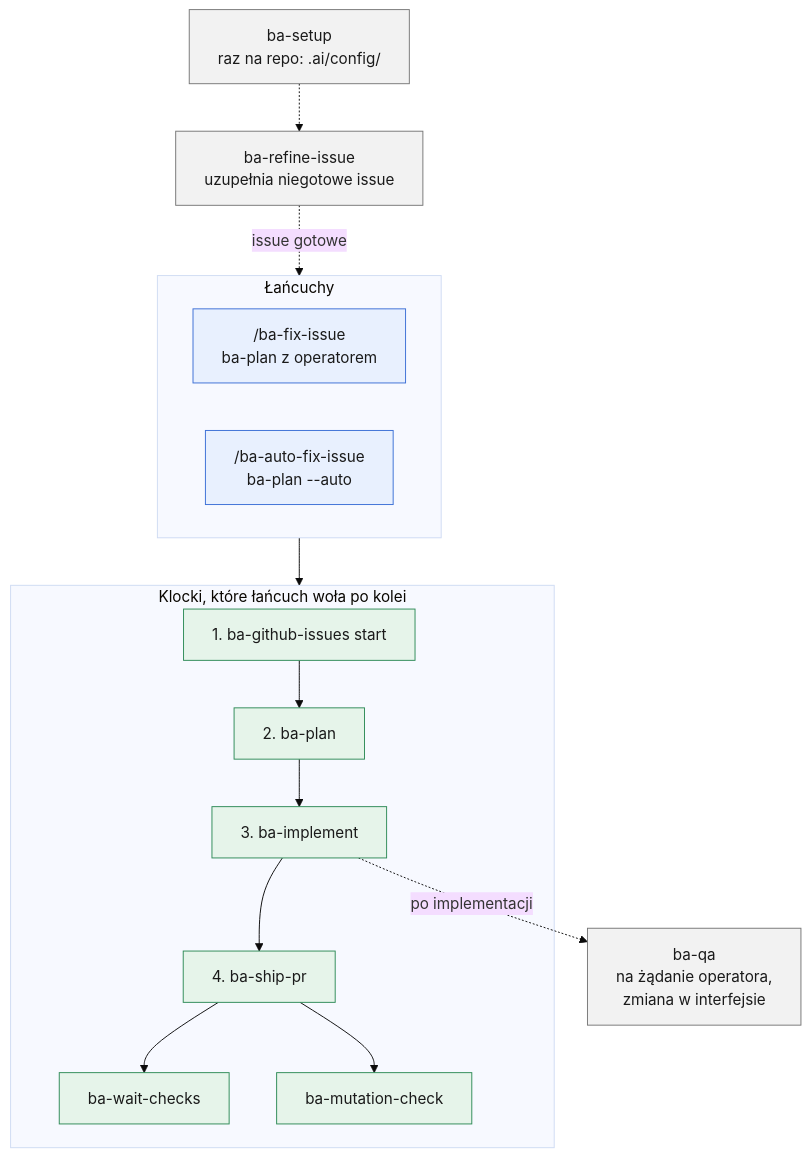
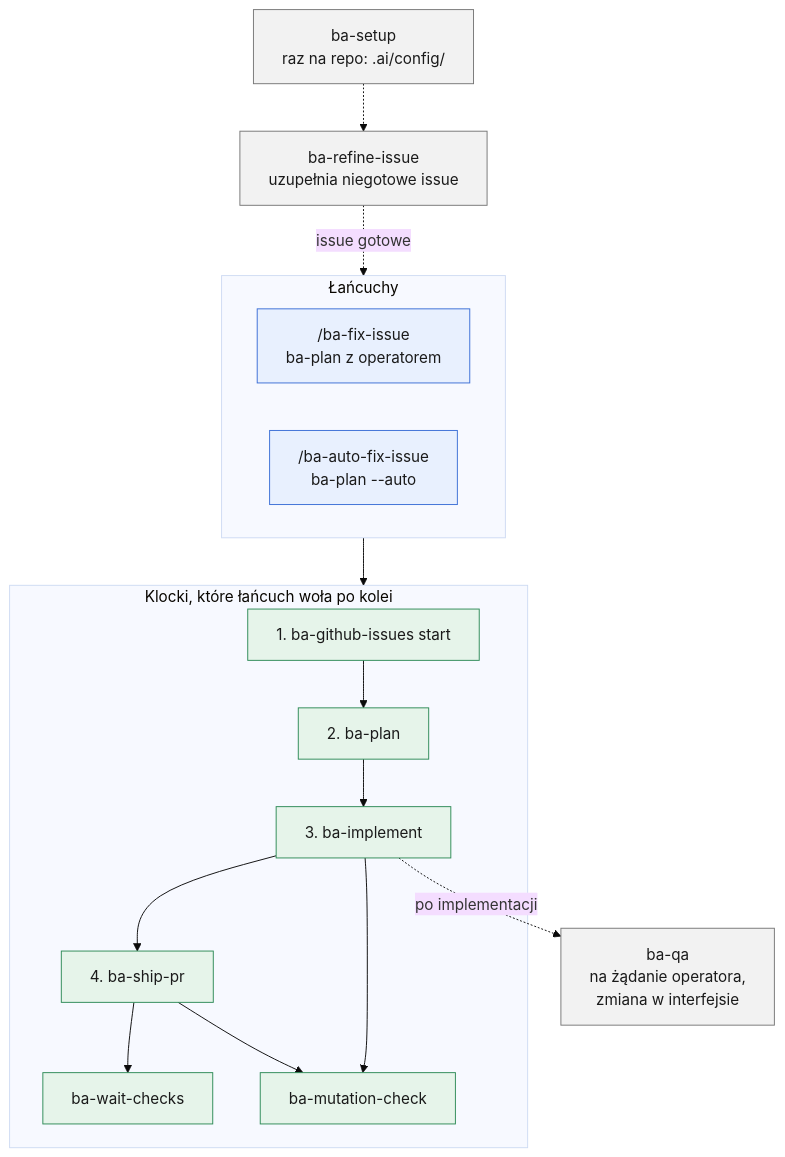
One commit to mkurc1/skills changed the diagram in docs/diagrams/04-klocki-i-lancuchy.mmd. Above: the diagram before and after it, drawn with Mermaid (base theme). The commit also changed 6 other files, not shown here.

Commit message:
docs(diagrams): poprawki po recenzji gałęzi (#4)

```diff
--- a/docs/diagrams/04-klocki-i-lancuchy.mmd
+++ b/docs/diagrams/04-klocki-i-lancuchy.mmd
@@ -1,33 +1,34 @@
 ---
 config:
   flowchart:
     wrappingWidth: 320
 ---
 flowchart TB
   classDef chain fill:#e8f0fe,stroke:#3b6fd6,color:#1a1a1a
   classDef block fill:#e6f4ea,stroke:#2e8b57,color:#1a1a1a
   classDef side fill:#f2f2f2,stroke:#777777,color:#1a1a1a
 
   SETUP["ba-setup<br/>raz na repo: .ai/config/"]
   REFINE["ba-refine-issue<br/>uzupełnia niegotowe issue"]
 
   subgraph CH["Łańcuchy"]
     FIX["/ba-fix-issue<br/>ba-plan z operatorem"]
     AUTO["/ba-auto-fix-issue<br/>ba-plan --auto"]
   end
 
   subgraph BL["Klocki, które łańcuch woła po kolei"]
     GI["1. ba-github-issues start"] --> PLAN["2. ba-plan"] --> IMPL["3. ba-implement"] --> SHIP["4. ba-ship-pr"]
     SHIP --> WAIT["ba-wait-checks"]
     SHIP --> MUT["ba-mutation-check"]
+    IMPL --> MUT
   end
 
   QA["ba-qa<br/>na żądanie operatora,<br/>zmiana w interfejsie"]
 
   SETUP -.-> REFINE -.->|issue gotowe| CH
   CH --> BL
   IMPL -.->|po implementacji| QA
 
   class FIX,AUTO chain
   class GI,PLAN,IMPL,SHIP,WAIT,MUT block
   class SETUP,REFINE,QA side
```
